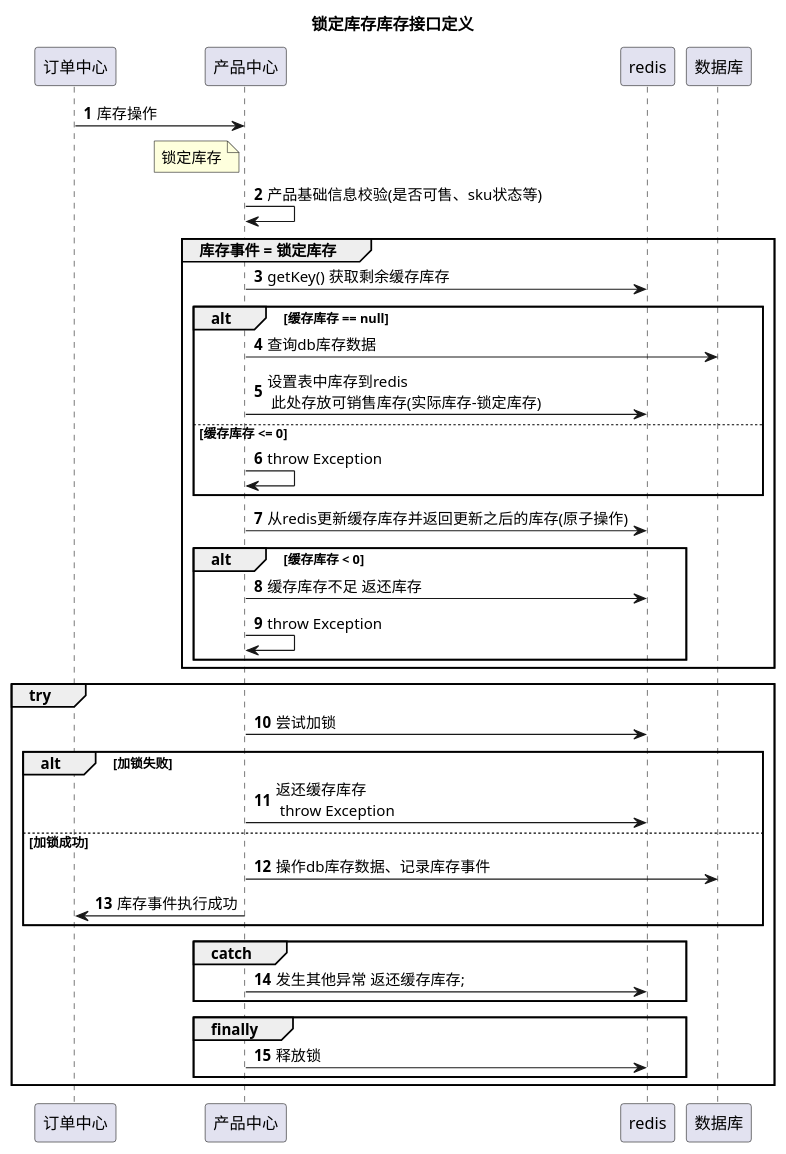
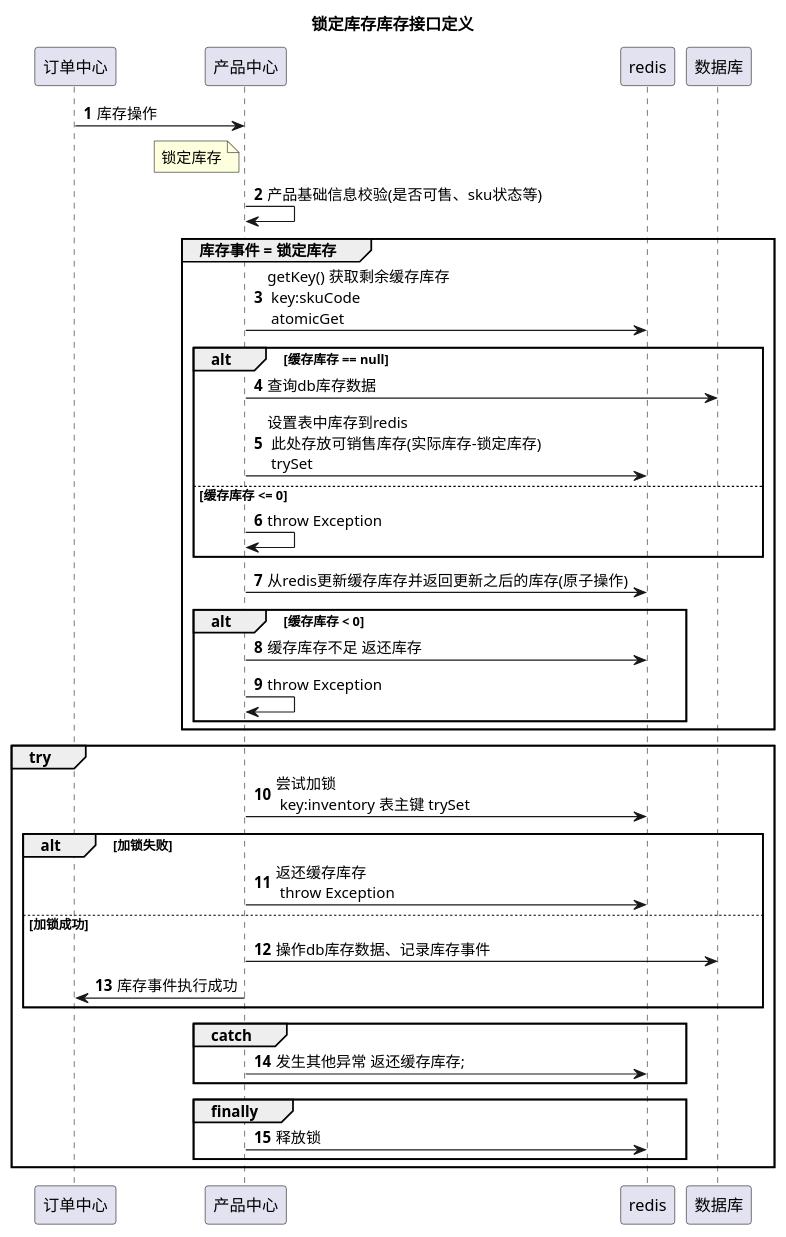
One commit to learnxin/testdemo changed the diagram in src/main/resources/plantuml/nh/inventory/withhold_inventroy.puml. Above: the diagram before and after it, drawn with PlantUML. The commit also changed 2 other files, not shown here.

Commit message:
inventory puml

```diff
--- a/src/main/resources/plantuml/nh/inventory/withhold_inventroy.puml
+++ b/src/main/resources/plantuml/nh/inventory/withhold_inventroy.puml
@@ -1,52 +1,52 @@
 @startuml
 title 锁定库存库存接口定义
 
 autonumber
 participant "订单中心" as vc
 participant "产品中心" as cpm
 participant "redis" as redis
 participant "数据库" as db
 
 vc -> cpm: 库存操作
 note left of cpm:锁定库存
 
 
 cpm -> cpm: 产品基础信息校验(是否可售、sku状态等)
 group 库存事件 = 锁定库存
 
-cpm -> redis: getKey() 获取剩余缓存库存
+cpm -> redis: getKey() 获取剩余缓存库存\n key:skuCode \n atomicGet
 alt 缓存库存 == null
 cpm -> db :查询db库存数据
-cpm -> redis:  设置表中库存到redis \n 此处存放可销售库存(实际库存-锁定库存)
+cpm -> redis:  设置表中库存到redis \n 此处存放可销售库存(实际库存-锁定库存) \n trySet
 else 缓存库存 <= 0
 cpm->cpm :throw Exception
 end
 
 
 cpm -> redis: 从redis更新缓存库存并返回更新之后的库存(原子操作)
 alt 缓存库存 < 0
 cpm -> redis: 缓存库存不足 返还库存
 cpm->cpm :throw Exception
 end
 end
 
 group try
 'cpm->cpm:// 尝试加锁\nboolean isLocked = lock.tryLock(500, 1000, TimeUnit.MILLISECONDS);\n//    加锁失败 返还名额 throw ex\n        if (!isLocked) {\n                         cacheManager.atomicGetAndAdd(key, -num);\n                         throw new VcRpcException(CommonResponseCode.LockFailure);\n                     }        \n                     // 更新课程剩余名额\n                     trainDo.setScale(scale);\n                     trainService.updateTrain(trainDo, clientInfo);
-cpm->redis:尝试加锁
+cpm->redis:尝试加锁 \n key:inventory 表主键 trySet
 alt 加锁失败
 cpm -> redis:返还缓存库存 \n throw Exception
 else 加锁成功
 cpm -> db :操作db库存数据、记录库存事件
 cpm -> vc :库存事件执行成功
 end
 group catch
 cpm -> redis: 发生其他异常 返还缓存库存;
 
 end
 
 group finally
 cpm -> redis: 释放锁
 end
 end
 
 @enduml
```
